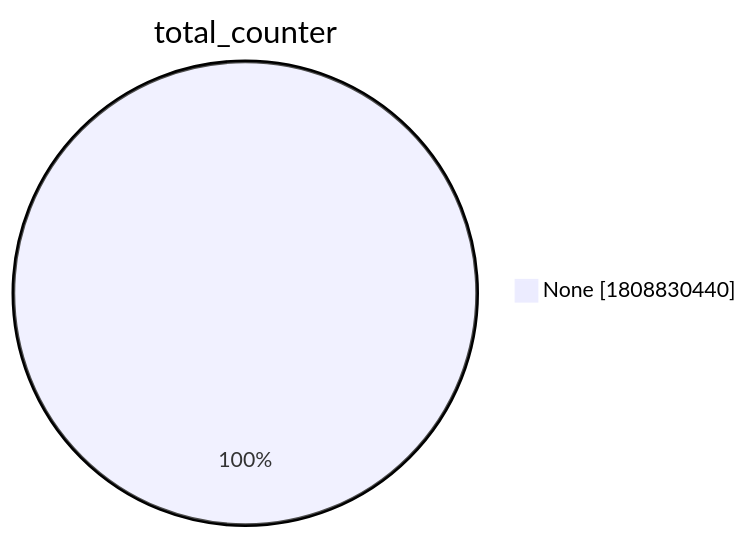
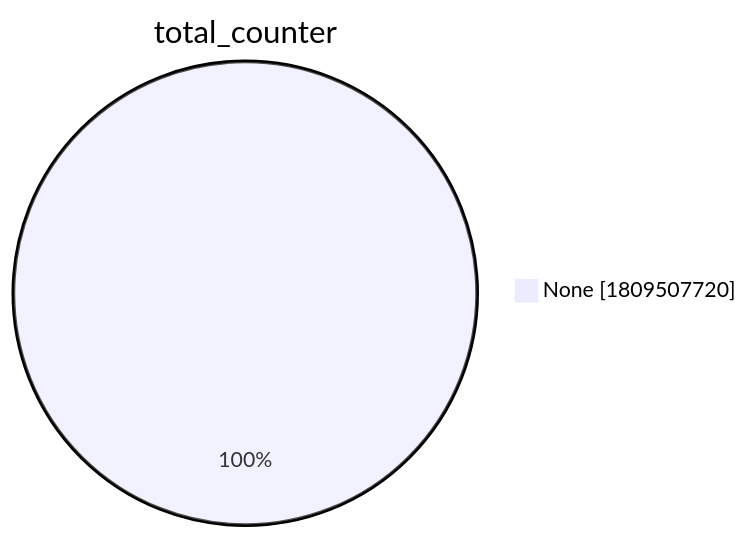
Before and after one commit to christiankrug/ctmonitor_visualization: the second of 15 diagrams in xenon2022/README.md, drawn with Mermaid. The commit also changed other lines of this file, not shown here.

````diff
--- a/xenon2022/README.md
+++ b/xenon2022/README.md
@@ -9,5 +9,5 @@
 ```mermaid
 pie showData
 title total_counter
-"None" :1808830440
+"None" :1809507720
 ```
````
